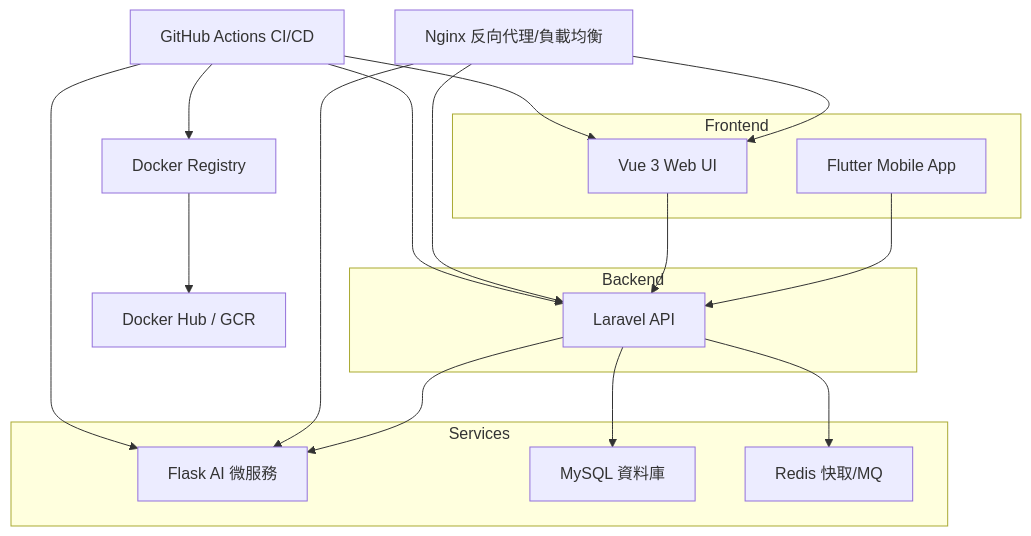
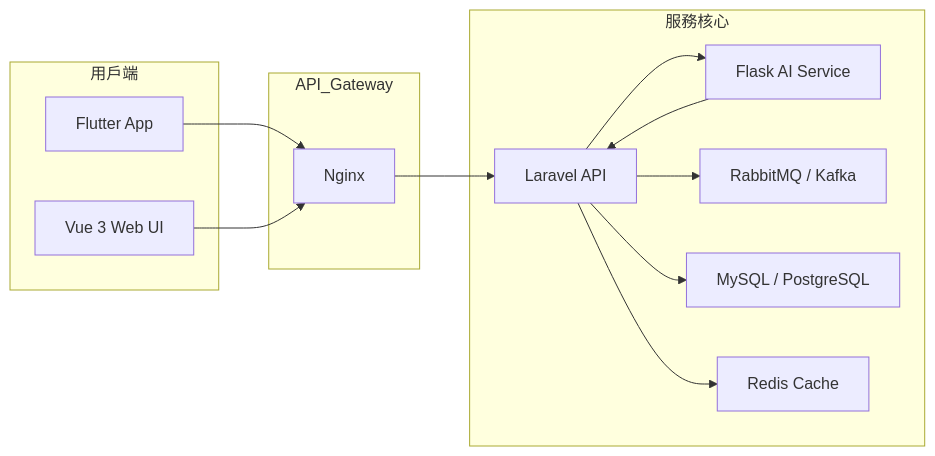
The diagram in README.md (BpsEason/petcarehub), drawn with Mermaid before and after one commit.

````diff
--- a/README.md
+++ b/README.md
@@ -38,33 +38,29 @@
 ```mermaid
-graph TD
-  subgraph Frontend
-    F1[Flutter Mobile App]
-    F2[Vue 3 Web UI]
+flowchart LR
+  subgraph 用戶端
+    F[Flutter App]
+    W[Vue 3 Web UI]
   end
 
-  subgraph Backend
-    B1[Laravel API]
+  subgraph API_Gateway
+    NGN[Nginx]
   end
 
-  subgraph Services
-    S1[Flask AI 微服務]
-    S2[MySQL 資料庫]
-    S3[Redis 快取/MQ]
+  subgraph 服務核心
+    LAPI[Laravel API]
+    AI[Flask AI Service]
+    MQ[RabbitMQ / Kafka]
+    DB[MySQL / PostgreSQL]
+    CACHE[Redis Cache]
   end
 
-  F1 --> B1
-  F2 --> B1
-  B1 --> S1
-  B1 --> S2
-  B1 --> S3
+  F --> NGN
+  W --> NGN
+  NGN --> LAPI
+  LAPI --> DB
+  LAPI --> CACHE
+  LAPI --> MQ
+  LAPI --> AI
+  AI --> LAPI
 
-  Nginx[Nginx 反向代理/負載均衡] --> F2
-  Nginx --> B1
-  Nginx --> S1
-
-  DockerRegistry[Docker Registry] --> DockerHub[Docker Hub / GCR]
-  GitHubActions[GitHub Actions CI/CD] --> DockerRegistry
-  GitHubActions --> B1
-  GitHubActions --> F2
-  GitHubActions --> S1
 ```
````
